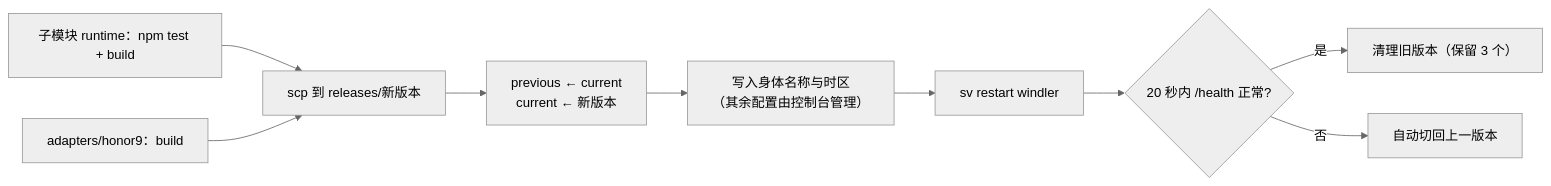
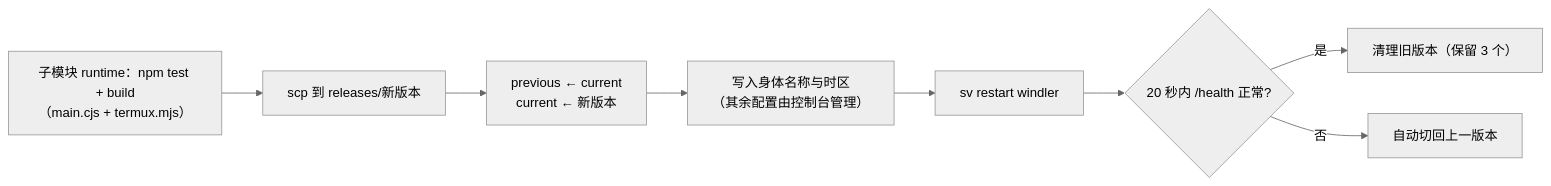
One commit to PlutoKeating/Project.Honor9 changed the second of 2 diagrams in docs/ARCHITECTURE.md. Above: the diagram before and after it, drawn with Mermaid (neutral theme). The commit also changed other lines of this file and 6 other files, not shown here.

````diff
--- a/docs/ARCHITECTURE.md
+++ b/docs/ARCHITECTURE.md
@@ -59,11 +60,10 @@
 ```mermaid
 flowchart LR
-  A["子模块 runtime：npm test + build"] --> C
-  B["adapters/honor9：build"] --> C
+  A["子模块 runtime：npm test + build<br/>（main.cjs + termux.mjs）"] --> C
   C["scp 到 releases/新版本"] --> D["previous ← current<br/>current ← 新版本"]
   D --> E["写入身体名称与时区<br/>（其余配置由控制台管理）"]
   E --> F["sv restart windler"]
   F --> G{"20 秒内 /health 正常?"}
   G -- 是 --> H["清理旧版本（保留 3 个）"]
   G -- 否 --> I["自动切回上一版本"]
 ```
````
